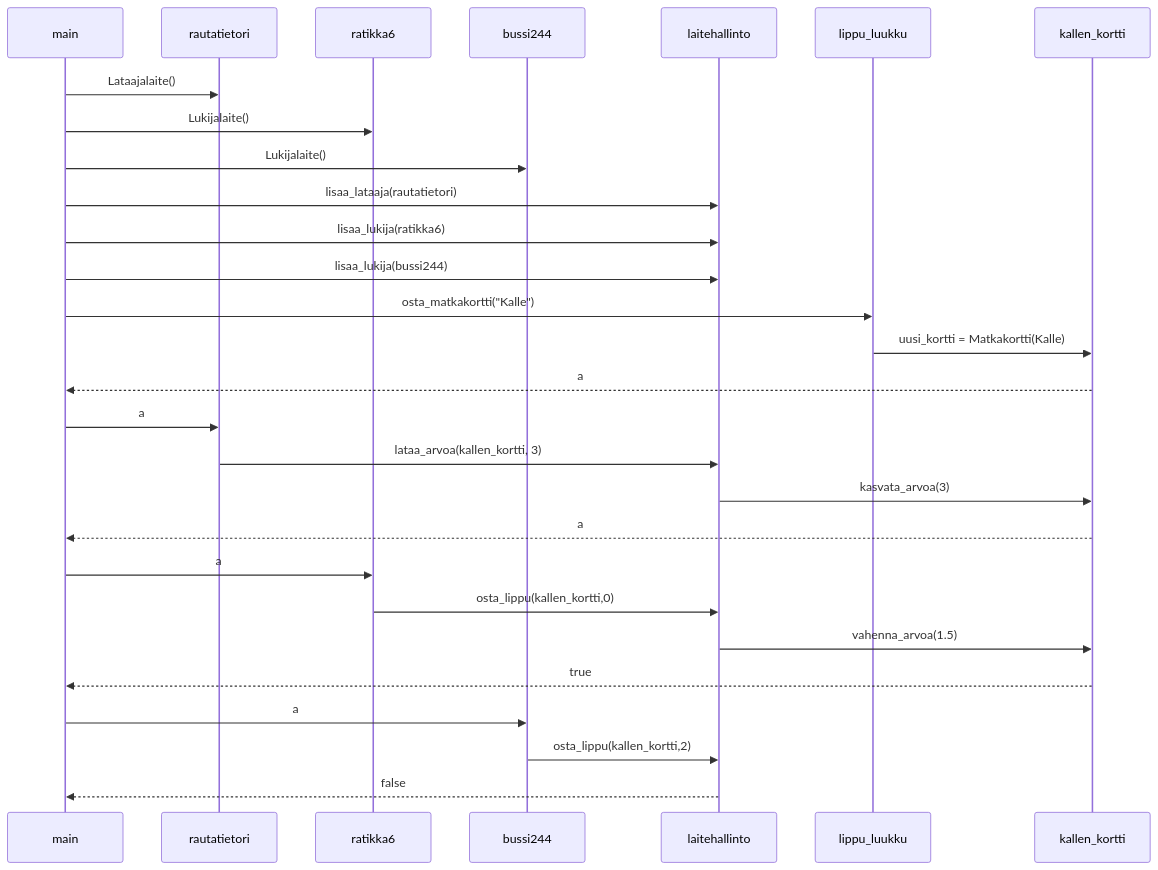
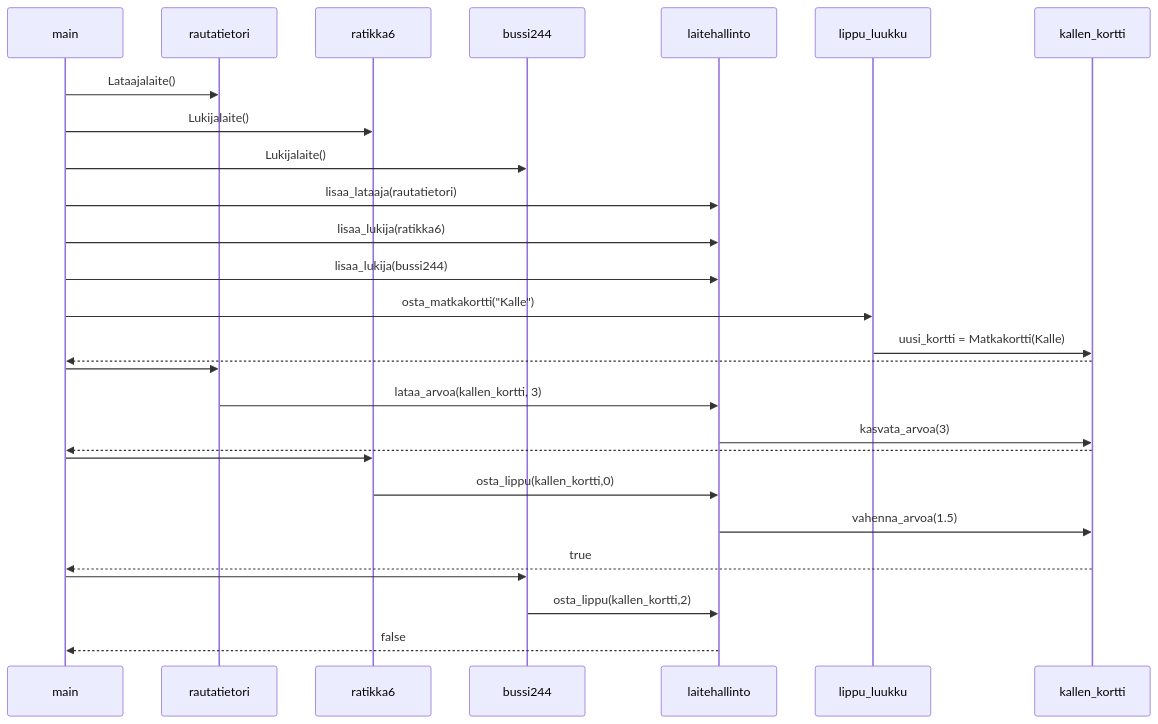
One commit to nikihietala/StrengthApp changed the diagram in laskarit/viikko3/tehtava4.md. Above: the diagram before and after it, drawn with Mermaid.

Commit message:
tehtava4 edit

````diff
--- a/laskarit/viikko3/tehtava4.md
+++ b/laskarit/viikko3/tehtava4.md
@@ -1,23 +1,23 @@
 ```mermaid
 	sequenceDiagram
 		main->>rautatietori: Lataajalaite()
 		main->>ratikka6: Lukijalaite()
 		main->>bussi244: Lukijalaite()
 		main->>laitehallinto: lisaa_lataaja(rautatietori)
 		main->>laitehallinto: lisaa_lukija(ratikka6)
 		main->>laitehallinto: lisaa_lukija(bussi244)
 		main->>lippu_luukku: osta_matkakortti("Kalle")
 		lippu_luukku->>kallen_kortti: uusi_kortti = Matkakortti(Kalle)
-		kallen_kortti-->>main: a
-		main->>rautatietori: a
+		kallen_kortti-->>main: 
+		main->>rautatietori: 
 		rautatietori->>laitehallinto: lataa_arvoa(kallen_kortti, 3)
 		laitehallinto->>kallen_kortti: kasvata_arvoa(3)
-		kallen_kortti-->>main: a
-		main->>ratikka6: a
+		kallen_kortti-->>main: 
+		main->>ratikka6: 
 		ratikka6->>laitehallinto: osta_lippu(kallen_kortti,0)
 		laitehallinto->>kallen_kortti: vahenna_arvoa(1.5)
 		kallen_kortti-->>main: true
-		main->>bussi244: a
+		main->>bussi244: 
 		bussi244->>laitehallinto: osta_lippu(kallen_kortti,2)
 		laitehallinto-->>main: false	
 ```
````
